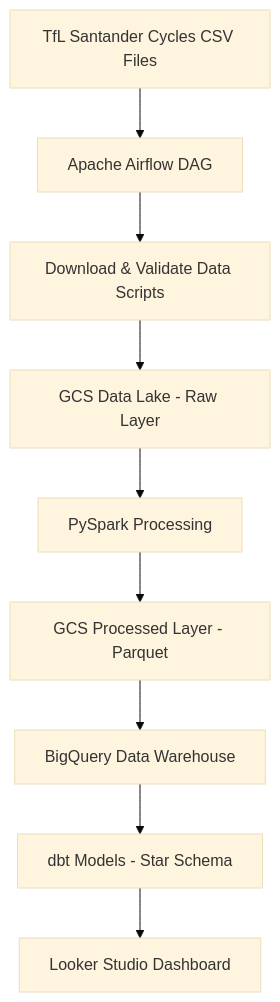
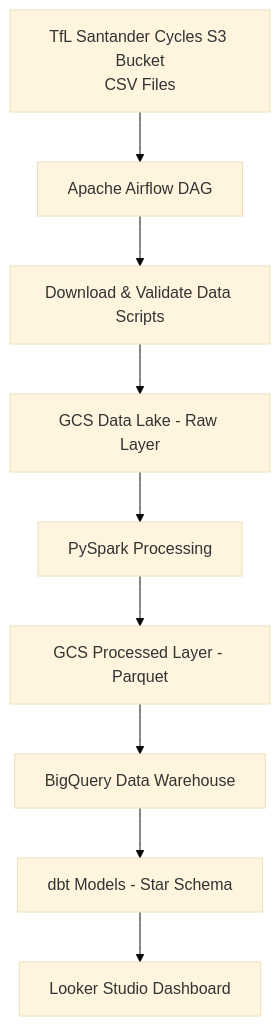
One commit to Wali-Mohamed/london-bikes-data-engineering changed the first of 3 diagrams in README.md. Above: the diagram before and after it, drawn with Mermaid (base theme). The commit also changed other lines of this file and 2 other files, not shown here.

````diff
--- a/README.md
+++ b/README.md
@@ -42,21 +88,21 @@
 ```mermaid
 
 flowchart TD
 
-A[TfL Santander Cycles CSV Files]
+A[TfL Santander Cycles S3 Bucket<br>CSV Files]
 --> B[Apache Airflow DAG]
 
 B --> C[Download & Validate Data Scripts]
 
 C --> D[GCS Data Lake - Raw Layer]
 
 D --> E[PySpark Processing]
 
 E --> F[GCS Processed Layer - Parquet]
 
 F --> G[BigQuery Data Warehouse]
 
 G --> H[dbt Models - Star Schema]
 
 H --> I[Looker Studio Dashboard]
 ```
````
